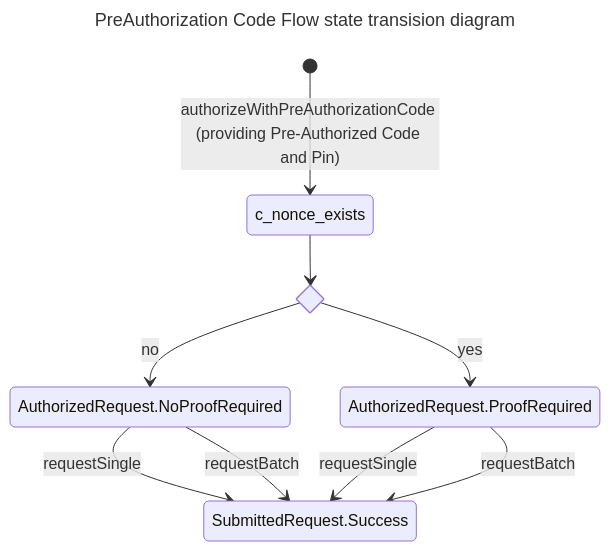
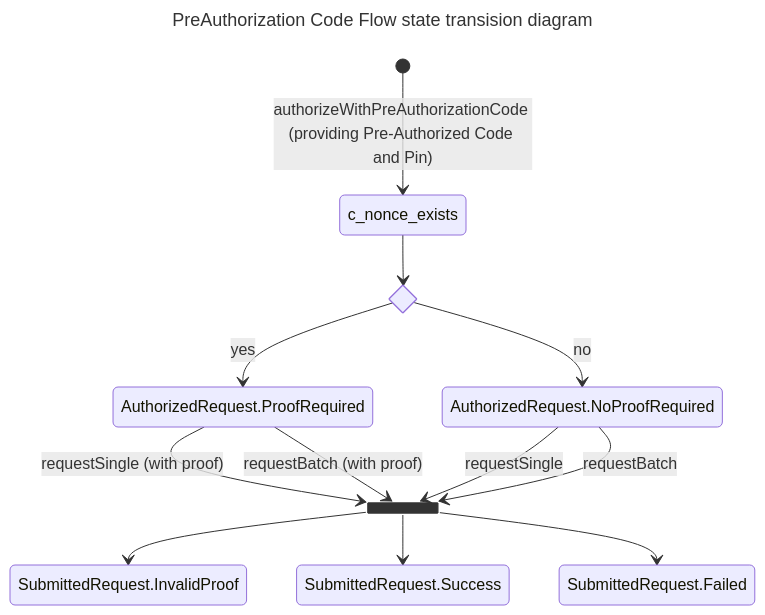
The second of 2 diagrams in README.md (eu-digital-identity-wallet/eudi-lib-jvm-openid4vci-kt), drawn with Mermaid before and after one commit. The commit also changed other lines of this file and 3 other files, not shown here.

````diff
--- a/README.md
+++ b/README.md
@@ -127,15 +128,19 @@
 ```mermaid 
 ---
 title: PreAuthorization Code Flow state transision diagram
 ---
-stateDiagram-v2 
-    state c_nonce_returned <<choice>>    
+stateDiagram-v2    
+    state c_nonce_returned <<choice>>
+    state join_state <<join>>    
     [*] --> c_nonce_exists: authorizeWithPreAuthorizationCode (providing Pre-Authorized Code and Pin)
     c_nonce_exists --> c_nonce_returned 
-    c_nonce_returned --> AuthorizedRequest.NoProofRequired : no
     c_nonce_returned --> AuthorizedRequest.ProofRequired : yes
-    AuthorizedRequest.NoProofRequired --> SubmittedRequest.Success: requestSingle
-    AuthorizedRequest.NoProofRequired --> SubmittedRequest.Success: requestBatch
-    AuthorizedRequest.ProofRequired --> SubmittedRequest.Success: requestSingle
-    AuthorizedRequest.ProofRequired --> SubmittedRequest.Success: requestBatch
+    c_nonce_returned --> AuthorizedRequest.NoProofRequired : no     
+    AuthorizedRequest.ProofRequired --> join_state: requestSingle (with proof)
+    AuthorizedRequest.ProofRequired --> join_state: requestBatch (with proof)
+    AuthorizedRequest.NoProofRequired --> join_state: requestSingle
+    AuthorizedRequest.NoProofRequired --> join_state: requestBatch
+    join_state --> SubmittedRequest.InvalidProof 
+    join_state --> SubmittedRequest.Success
+    join_state --> SubmittedRequest.Failed    
 ```
````
